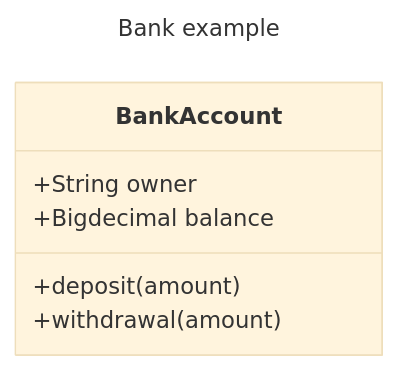
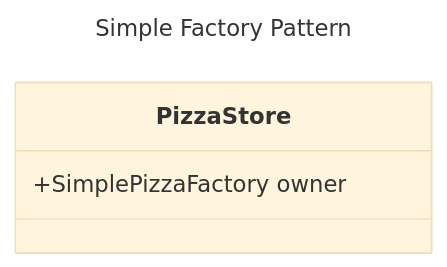
The diagram in FactoryPattern.md (sovan92/LowLevelDesignDocuments), drawn with Mermaid (base theme) before and after one commit.

````diff
--- a/FactoryPattern.md
+++ b/FactoryPattern.md
@@ -5,13 +5,8 @@
 ```mermaid
 ---
-title: Bank example
+title: Simple Factory Pattern
 ---
 classDiagram
-    class BankAccount
-    BankAccount : +String owner
-    BankAccount : +Bigdecimal balance
-    BankAccount : +deposit(amount)
-    BankAccount : +withdrawal(amount)
-
-
+    class PizzaStore
+    PizzaStore : +SimplePizzaFactory owner
 ```
````
